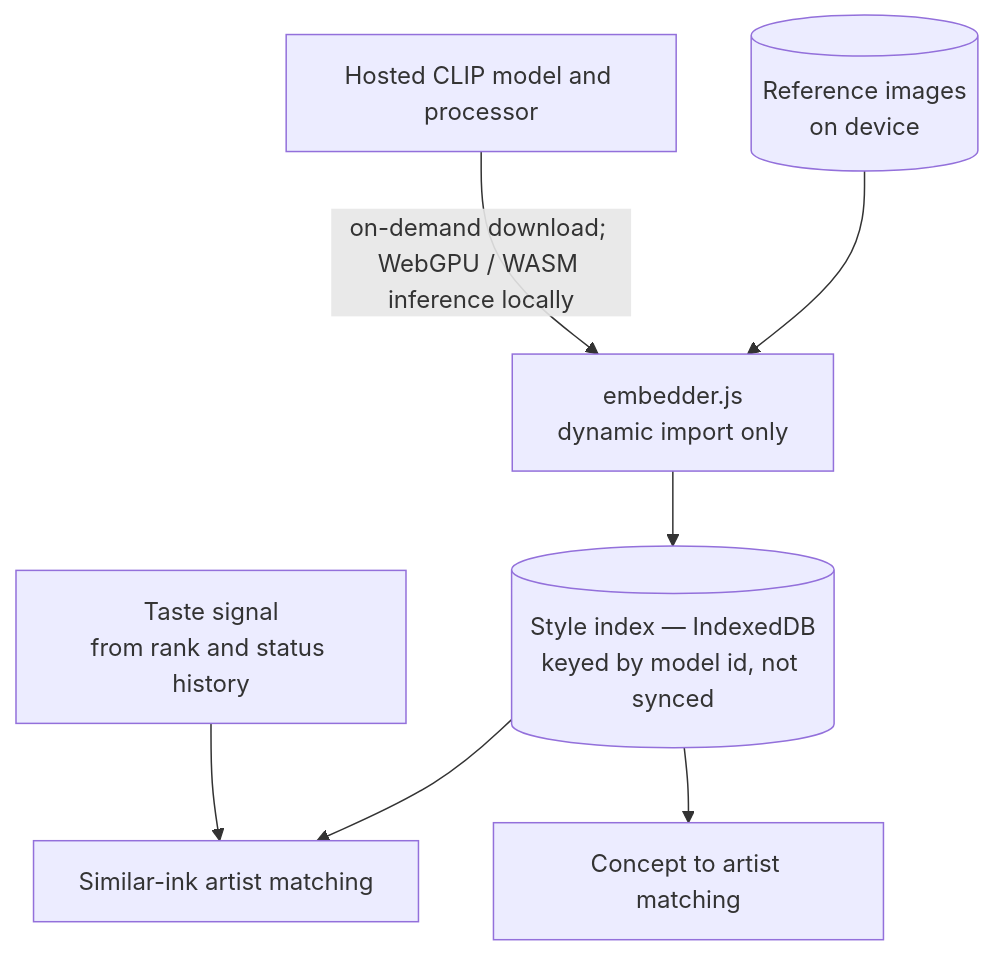
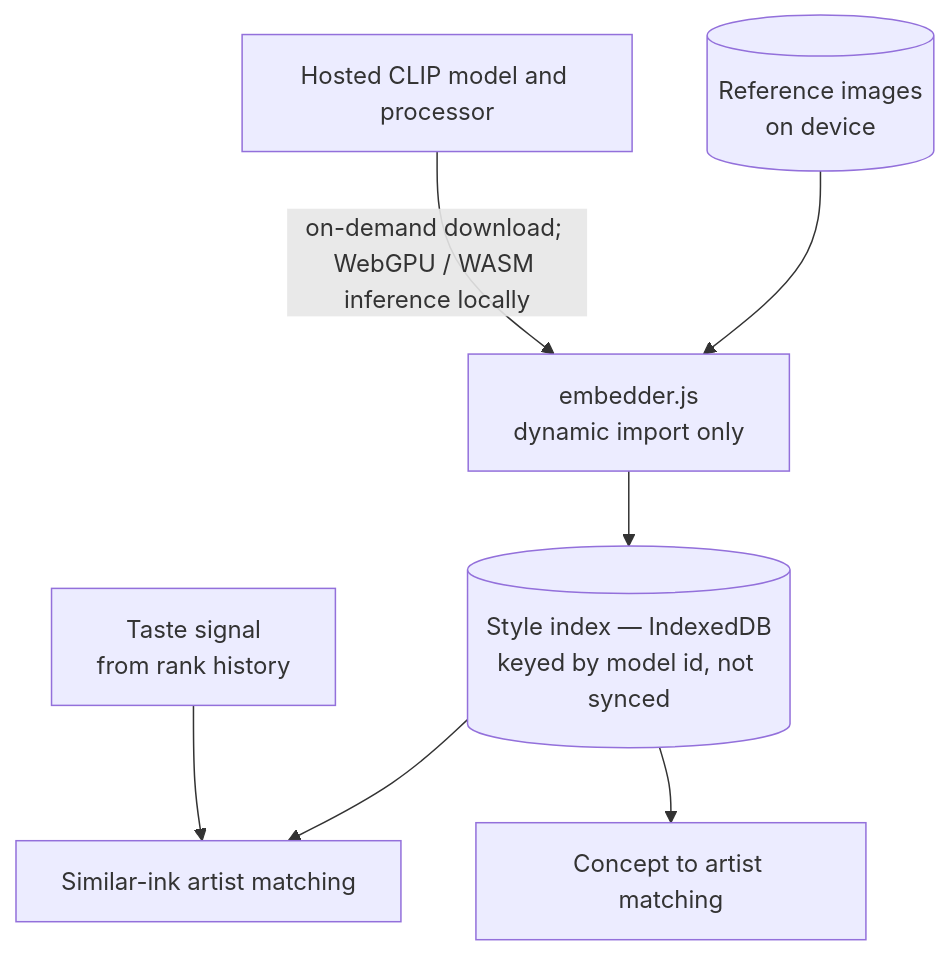
The eighth of 13 diagrams in docs/ARCHITECTURE.md (Pritesh1980/sable), drawn with Mermaid before and after one commit. The commit also changed other lines of this file and 85 other files, not shown here.

````diff
--- a/docs/ARCHITECTURE.md
+++ b/docs/ARCHITECTURE.md
@@ -601,15 +601,15 @@
 ```mermaid
 flowchart TB
   IMG[("Reference images<br/>on device")]
   EMB["embedder.js<br/>dynamic import only"]
   IDX[("Style index — IndexedDB<br/>keyed by model id, not synced")]
-  SIG["Taste signal<br/>from rank and status history"]
+  SIG["Taste signal<br/>from rank history"]
   OUT1["Similar-ink artist matching"]
   OUT2["Concept to artist matching"]
   MODEL["Hosted CLIP model and processor"]
   IMG --> EMB --> IDX
   IDX --> OUT1
   IDX --> OUT2
   SIG --> OUT1
   MODEL -- "on-demand download; WebGPU / WASM inference locally" --> EMB
 ```
````
